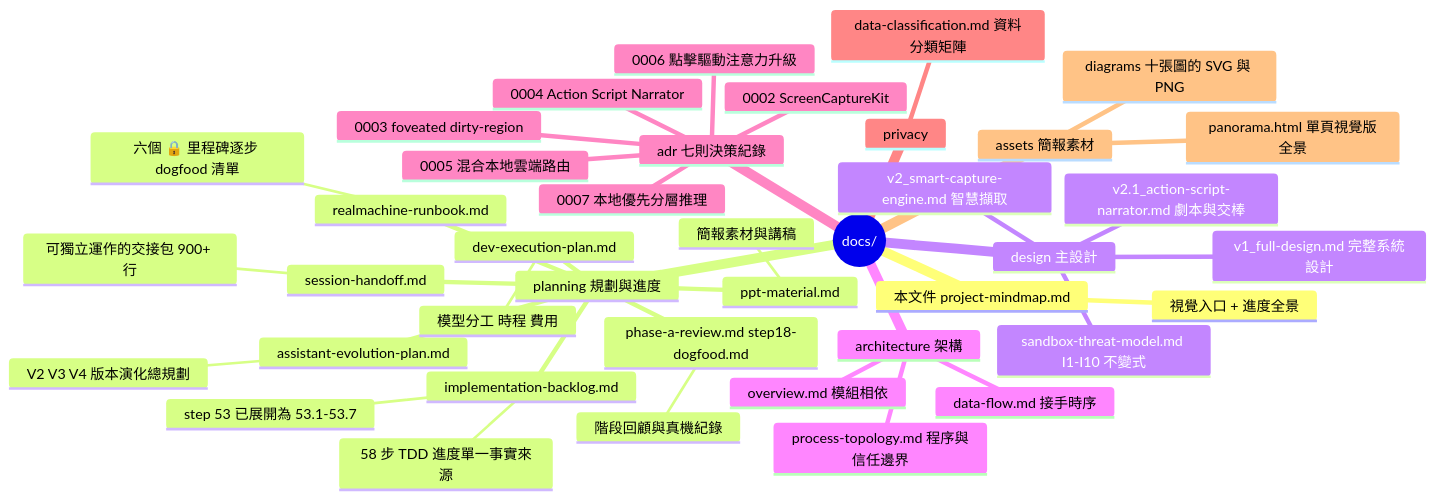
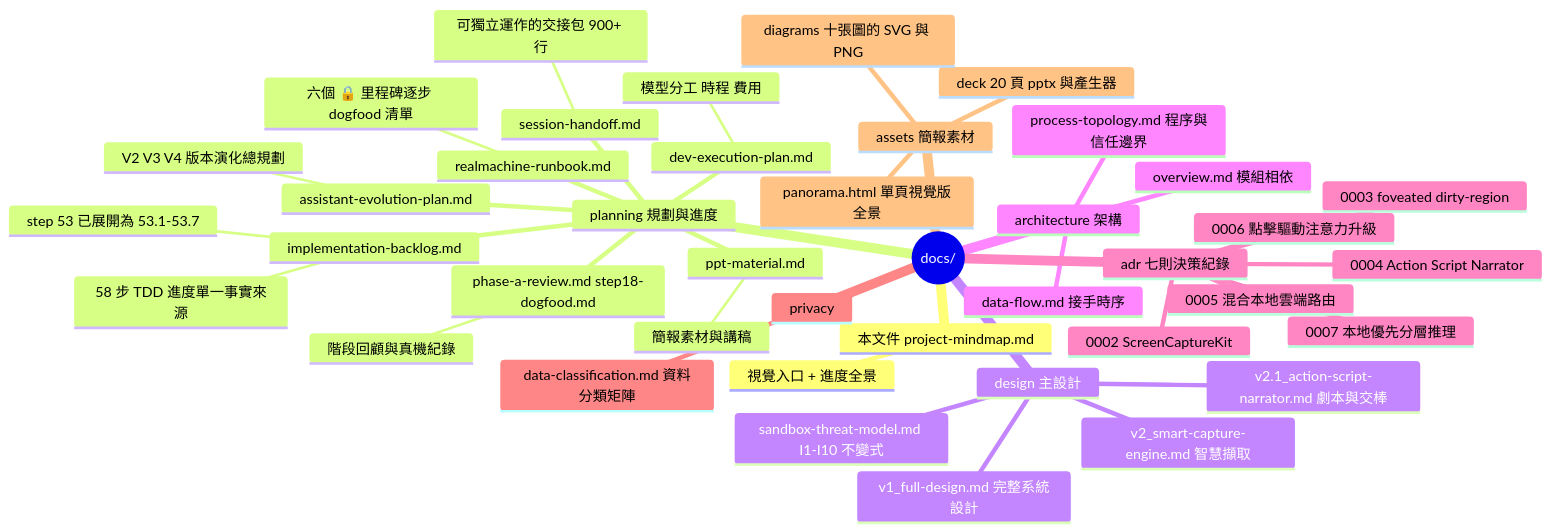
One commit to pcpcchen-coder/CoPartner changed the tenth of 10 diagrams in docs/project-mindmap.md. Above: the diagram before and after it, drawn with Mermaid. The commit also changed other lines of this file and 8 other files, not shown here.

First line of the commit message:
docs: 簡報檔進 repo（docs/assets/deck/）—— 20 頁 pptx + 產生器 (#46)

````diff
--- a/docs/project-mindmap.md
+++ b/docs/project-mindmap.md
@@ -452,43 +453,44 @@
 ```mermaid
 mindmap
   root((docs/))
     本文件 project-mindmap.md
       視覺入口 + 進度全景
     planning 規劃與進度
       implementation-backlog.md
         58 步 TDD 進度單一事實來源
         step 53 已展開為 53.1-53.7
       realmachine-runbook.md
         六個 🔒 里程碑逐步 dogfood 清單
       session-handoff.md
         可獨立運作的交接包 900+ 行
       assistant-evolution-plan.md
         V2 V3 V4 版本演化總規劃
       dev-execution-plan.md
         模型分工 時程 費用
       ppt-material.md
         簡報素材與講稿
       phase-a-review.md step18-dogfood.md
         階段回顧與真機紀錄
     design 主設計
       v1_full-design.md 完整系統設計
       v2_smart-capture-engine.md 智慧擷取
       v2.1_action-script-narrator.md 劇本與交棒
       sandbox-threat-model.md I1-I10 不變式
     architecture 架構
       overview.md 模組相依
       data-flow.md 接手時序
       process-topology.md 程序與信任邊界
     adr 七則決策紀錄
       0002 ScreenCaptureKit
       0003 foveated dirty-region
       0004 Action Script Narrator
       0005 混合本地雲端路由
       0006 點擊驅動注意力升級
       0007 本地優先分層推理
     privacy
       data-classification.md 資料分類矩陣
     assets 簡報素材
+      deck 20 頁 pptx 與產生器
       panorama.html 單頁視覺版全景
       diagrams 十張圖的 SVG 與 PNG
 ```
````
